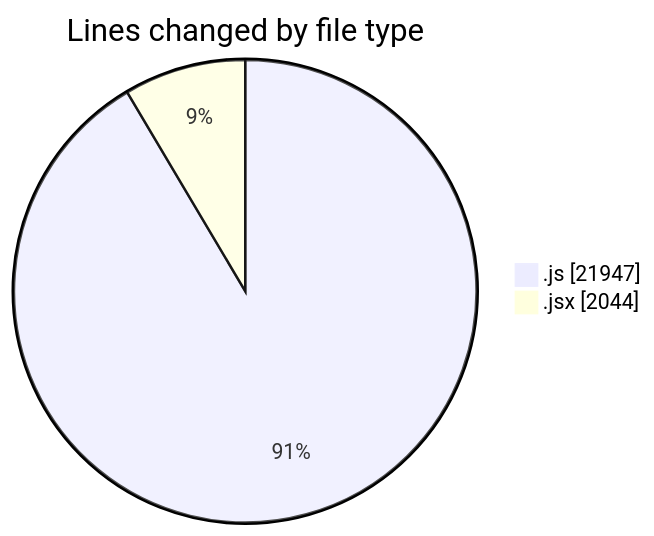
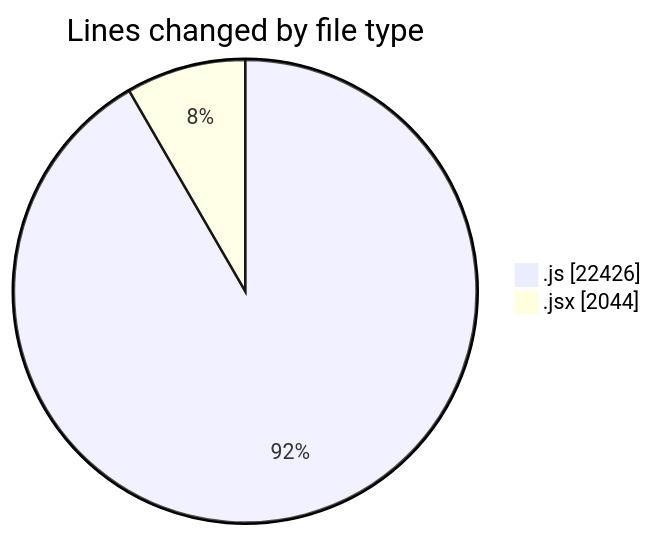
Before and after one commit to nxtqubesakshisongat/code-tracking: the first of 2 diagrams in 2025-10-01/nxtqube_webapp/README.md, drawn with Mermaid. The commit also changed other lines of this file and 1 other file, not shown here.

````diff
--- a/2025-10-01/nxtqube_webapp/README.md
+++ b/2025-10-01/nxtqube_webapp/README.md
@@ -22,6 +22,6 @@
 ```mermaid
 pie showData
 title Lines changed by file type
-".js" : 21947
+".js" : 22426
 ".jsx" : 2044
 ```
````
